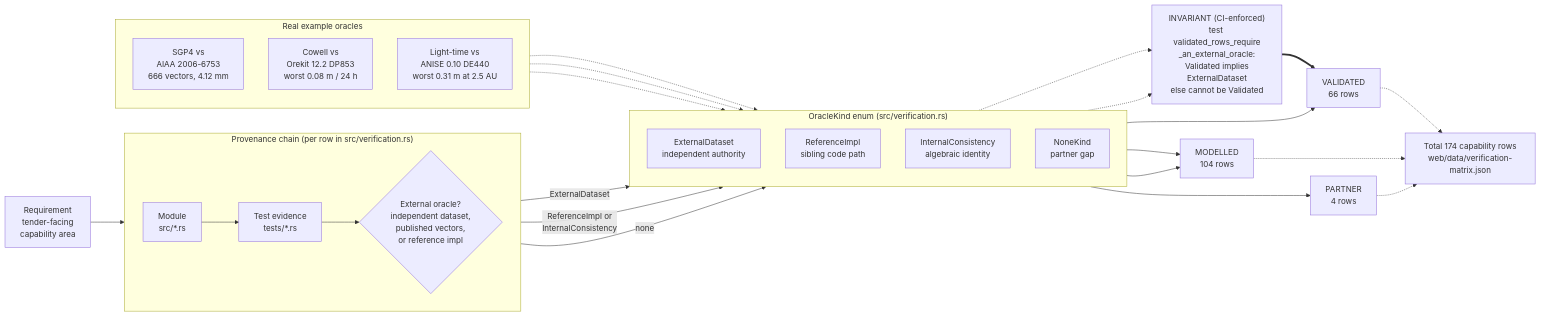
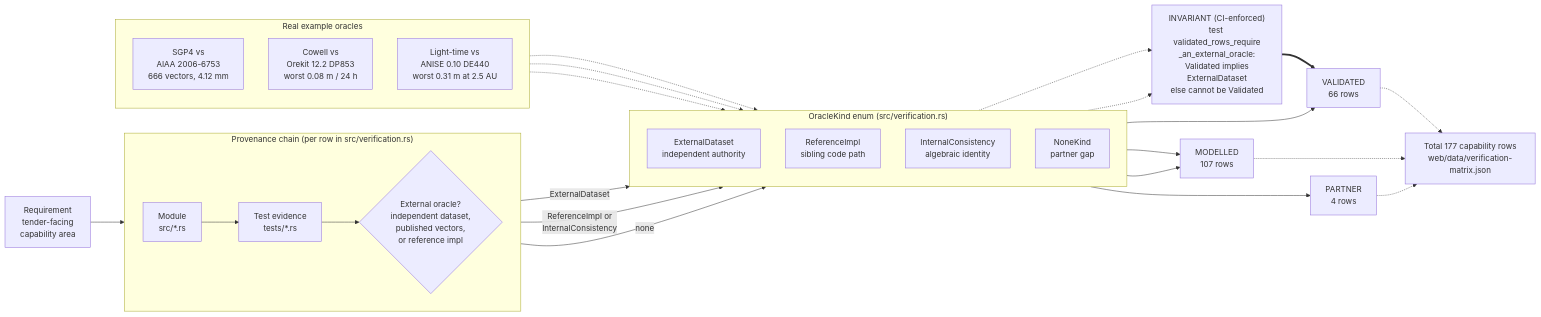
Before and after one commit to ashfordeOU/kshana: the diagram in docs/diagrams/validation-provenance.mmd, drawn with Mermaid. The commit also changed 29 other files, not shown here.

First line of the commit message:
docs,feat(campaign): campaign documentation, three MODELLED matrix rows, and every count moved to 64 kinds and 177 rows

```diff
--- a/docs/diagrams/validation-provenance.mmd
+++ b/docs/diagrams/validation-provenance.mmd
@@ -1,49 +1,49 @@
 flowchart LR
     REQ["Requirement<br/>tender-facing<br/>capability area"]
 
     subgraph CHAIN["Provenance chain (per row in src/verification.rs)"]
         direction LR
         MOD["Module<br/>src/*.rs"]
         TST["Test evidence<br/>tests/*.rs"]
         ORA{"External oracle?<br/>independent dataset,<br/>published vectors,<br/>or reference impl"}
     end
 
     REQ --> MOD --> TST --> ORA
 
     subgraph KINDS["OracleKind enum (src/verification.rs)"]
         direction TD
         EXT["ExternalDataset<br/>independent authority"]
         REF["ReferenceImpl<br/>sibling code path"]
         INT["InternalConsistency<br/>algebraic identity"]
         NON["NoneKind<br/>partner gap"]
     end
 
     ORA -->|ExternalDataset| EXT
     ORA -->|"ReferenceImpl or<br/>InternalConsistency"| INT
     ORA -->|none| NON
 
     GUARD["INVARIANT (CI-enforced)<br/>test validated_rows_require<br/>_an_external_oracle:<br/>Validated implies<br/>ExternalDataset<br/>else cannot be Validated"]
     EXT -.-> GUARD
     INT -.-> GUARD
 
     EXT --> VAL["VALIDATED<br/>66 rows"]
-    REF --> MDL["MODELLED<br/>104 rows"]
+    REF --> MDL["MODELLED<br/>107 rows"]
     INT --> MDL
     NON --> PRT["PARTNER<br/>4 rows"]
     GUARD ==> VAL
 
     subgraph EX["Real example oracles"]
         direction TD
         E1["SGP4 vs<br/>AIAA 2006-6753<br/>666 vectors, 4.12 mm"]
         E2["Cowell vs<br/>Orekit 12.2 DP853<br/>worst 0.08 m / 24 h"]
         E3["Light-time vs<br/>ANISE 0.10 DE440<br/>worst 0.31 m at 2.5 AU"]
     end
 
     E1 -.-> EXT
     E2 -.-> EXT
     E3 -.-> EXT
 
-    TOTAL["Total 174 capability rows<br/>web/data/verification-matrix.json"]
+    TOTAL["Total 177 capability rows<br/>web/data/verification-matrix.json"]
     VAL -.-> TOTAL
     MDL -.-> TOTAL
     PRT -.-> TOTAL
```
